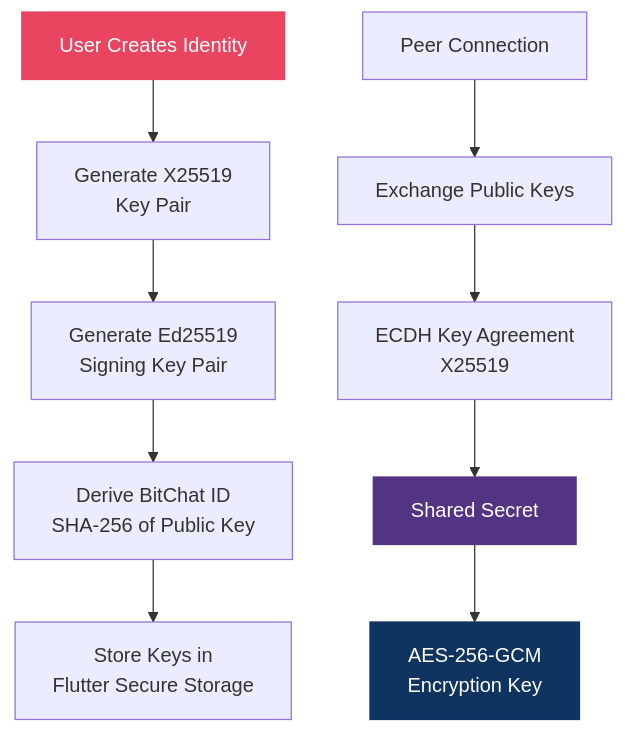
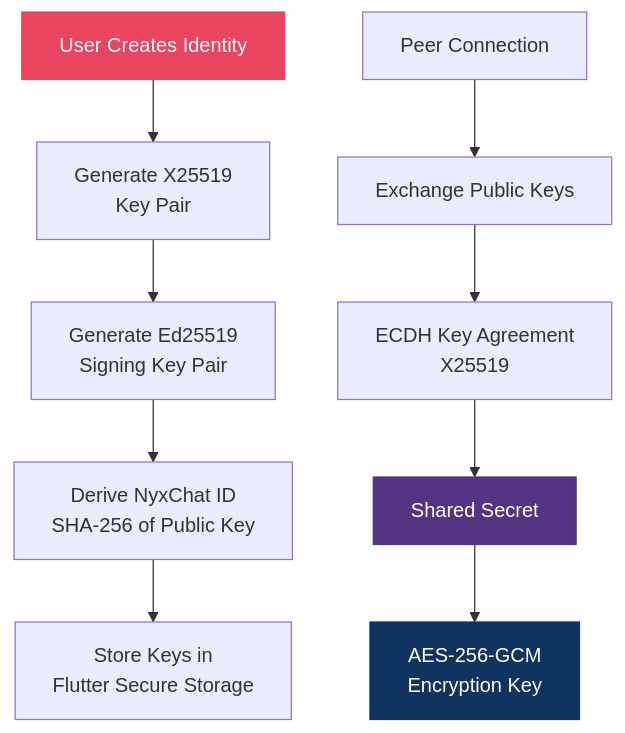
The eighth of 18 diagrams in README.md (harshitt13/NyxChat), drawn with Mermaid before and after one commit. The commit also changed other lines of this file and 22 other files, not shown here.

````diff
--- a/README.md
+++ b/README.md
@@ -381,16 +381,16 @@
 ```mermaid
 flowchart TD
     A[User Creates Identity] --> B[Generate X25519<br/>Key Pair]
     B --> C[Generate Ed25519<br/>Signing Key Pair]
-    C --> D[Derive BitChat ID<br/>SHA-256 of Public Key]
+    C --> D[Derive NyxChat ID<br/>SHA-256 of Public Key]
     D --> E[Store Keys in<br/>Flutter Secure Storage]
 
     F[Peer Connection] --> G[Exchange Public Keys]
     G --> H[ECDH Key Agreement<br/>X25519]
     H --> I[Shared Secret]
     I --> J[AES-256-GCM<br/>Encryption Key]
 
     style A fill:#e94560,stroke:#e94560,color:#fff
     style I fill:#533483,stroke:#533483,color:#fff
     style J fill:#0f3460,stroke:#0f3460,color:#fff
 ```
````
